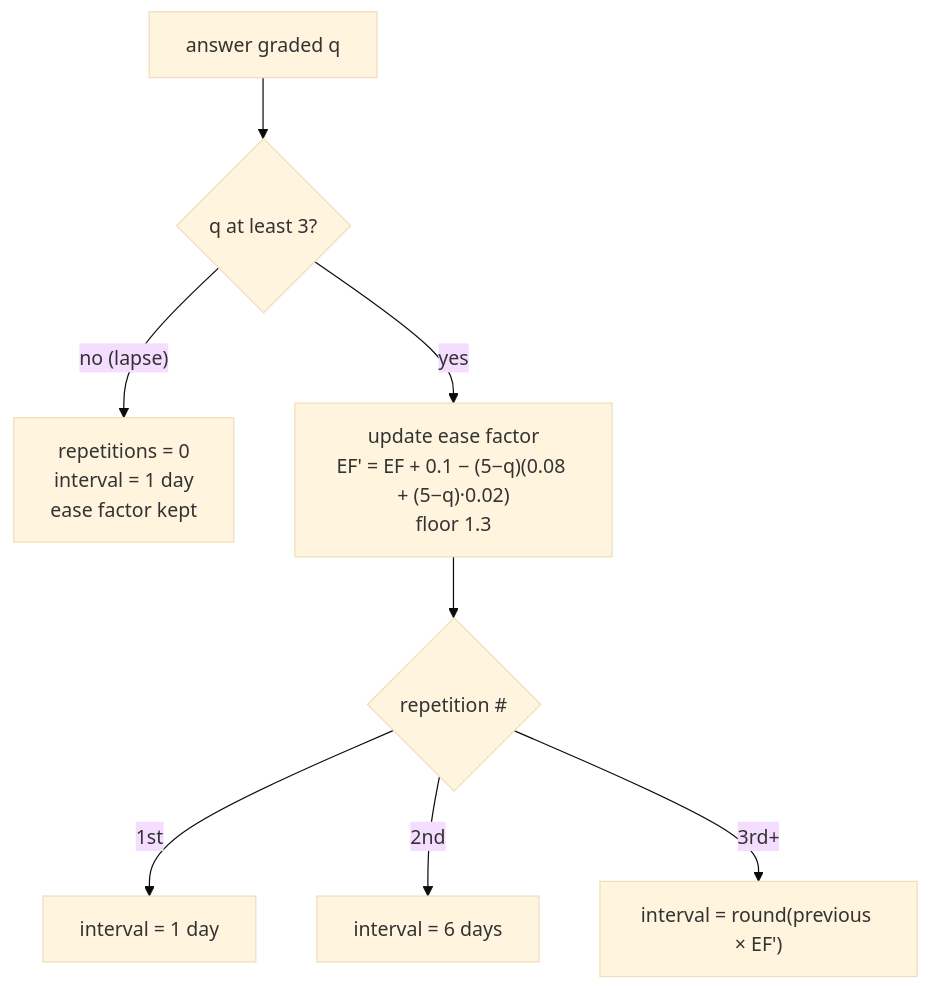
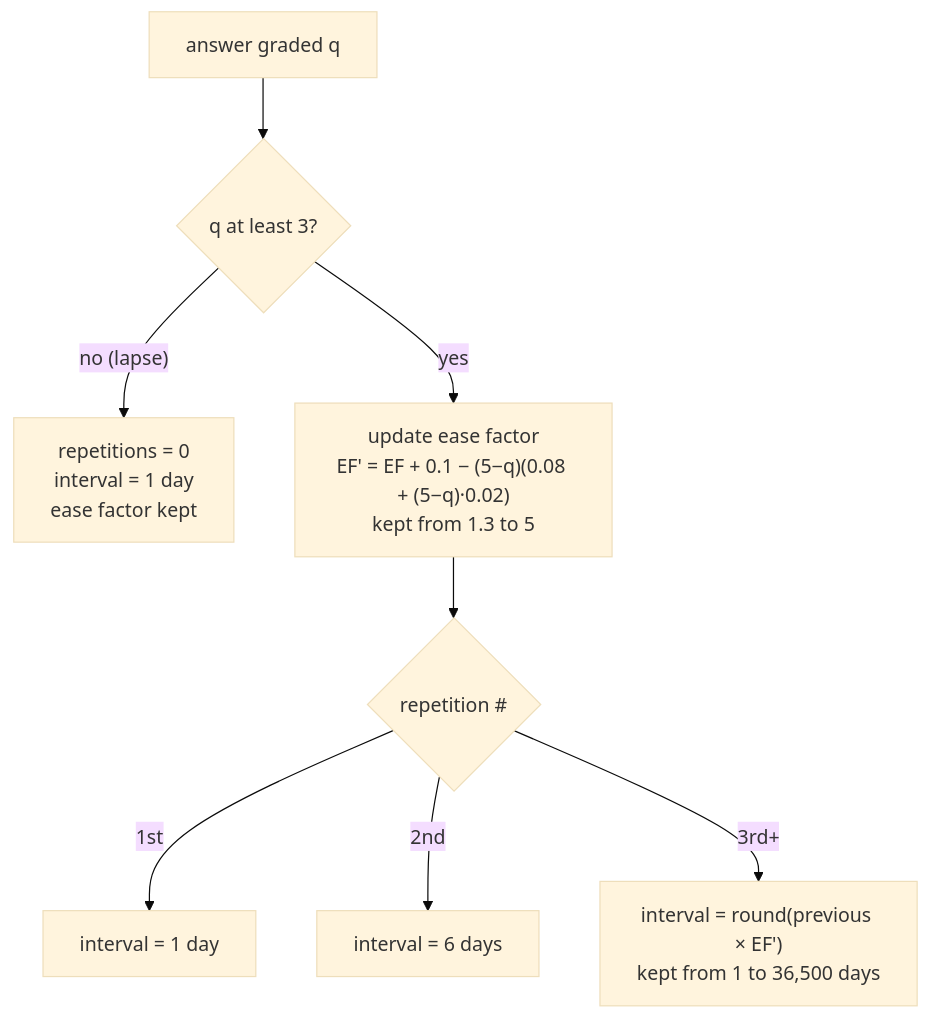
The first of 2 diagrams in docs/srs.md (solid-memo/website), drawn with Mermaid (base theme) before and after one commit. The commit also changed other lines of this file and 8 other files, not shown here.

First line of the commit message:
fix(domain): keep sm-2 ease factor and interval within bounds

````diff
--- a/docs/srs.md
+++ b/docs/srs.md
@@ -59,12 +59,12 @@
 ```mermaid
 flowchart TD
     accTitle: One SM-2 step
     accDescr: A grade below 3 resets the repetitions and sets a one-day interval, and a grade of 3 or more updates the ease factor and sets the interval by the repetition count.
     A[answer graded q] --> B{q at least 3?}
     B -- no (lapse) --> C[repetitions = 0<br/>interval = 1 day<br/>ease factor kept]
-    B -- yes --> D["update ease factor<br/>EF' = EF + 0.1 − (5−q)(0.08 + (5−q)·0.02)<br/>floor 1.3"]
+    B -- yes --> D["update ease factor<br/>EF' = EF + 0.1 − (5−q)(0.08 + (5−q)·0.02)<br/>kept from 1.3 to 5"]
     D --> E{repetition #}
     E -- 1st --> F[interval = 1 day]
     E -- 2nd --> G[interval = 6 days]
-    E -- 3rd+ --> H["interval = round(previous × EF')"]
+    E -- 3rd+ --> H["interval = round(previous × EF')<br/>kept from 1 to 36,500 days"]
 ```
````
